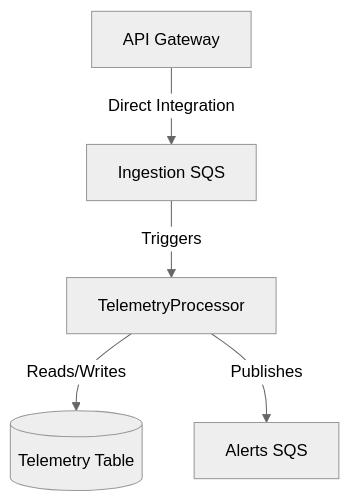
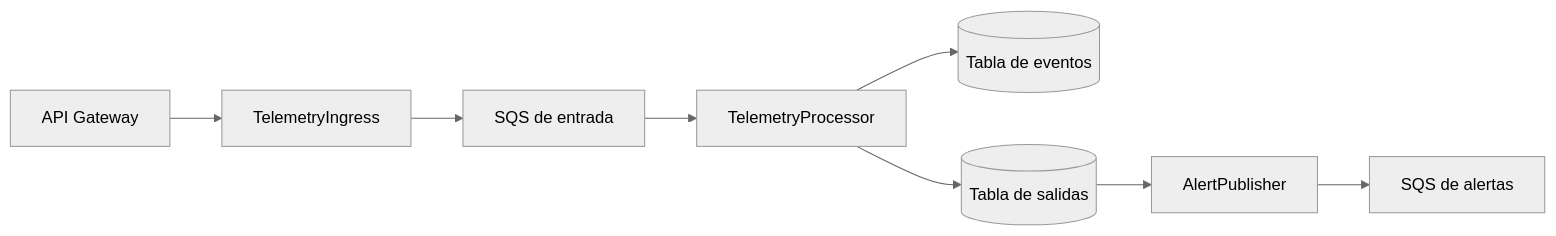
Before and after one commit to Deivisito2911/practice_aidlc: the diagram in aidlc/spaces/default/intents/261001-telemetria-vehicular/inception/domain-design/components.md, drawn with Mermaid (neutral theme). The commit also changed other lines of this file and 42 other files, not shown here.

````diff
--- a/aidlc/spaces/default/intents/261001-telemetria-vehicular/inception/domain-design/components.md
+++ b/aidlc/spaces/default/intents/261001-telemetria-vehicular/inception/domain-design/components.md
@@ -43,7 +70,10 @@
 ```mermaid
-graph TD
-    APIGW[API Gateway] -->|Direct Integration| SQSI[Ingestion SQS]
-    SQSI -->|Triggers| TP[TelemetryProcessor]
-    TP -->|Reads/Writes| DDB[(Telemetry Table)]
-    TP -->|Publishes| SQSA[Alerts SQS]
+flowchart LR
+    APIGW[API Gateway] --> IN[TelemetryIngress]
+    IN --> IQ[SQS de entrada]
+    IQ --> PR[TelemetryProcessor]
+    PR --> EV[(Tabla de eventos)]
+    PR --> OB[(Tabla de salidas)]
+    OB --> PUB[AlertPublisher]
+    PUB --> AQ[SQS de alertas]
 ```
````
